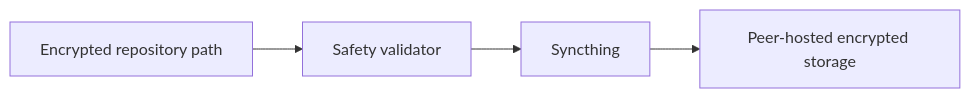
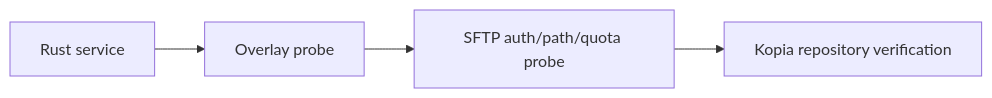
Before and after one commit to ayaghini/Nas-backup-buddy: the fourth of 6 diagrams in docs/client-app/architecture.md, drawn with Mermaid. The commit also changed other lines of this file and 50 other files, not shown here.

````diff
--- a/docs/client-app/architecture.md
+++ b/docs/client-app/architecture.md
@@ -130,6 +163,6 @@
 ```mermaid
 flowchart LR
-  REPO["Encrypted repository path"] --> SAFE["Safety validator"]
-  SAFE --> ST["Syncthing"]
-  ST --> REMOTE["Peer-hosted encrypted storage"]
+  SVC["Rust service"] --> O["Overlay probe"]
+  O --> SFTP["SFTP auth/path/quota probe"]
+  SFTP --> K["Kopia repository verification"]
 ```
````
